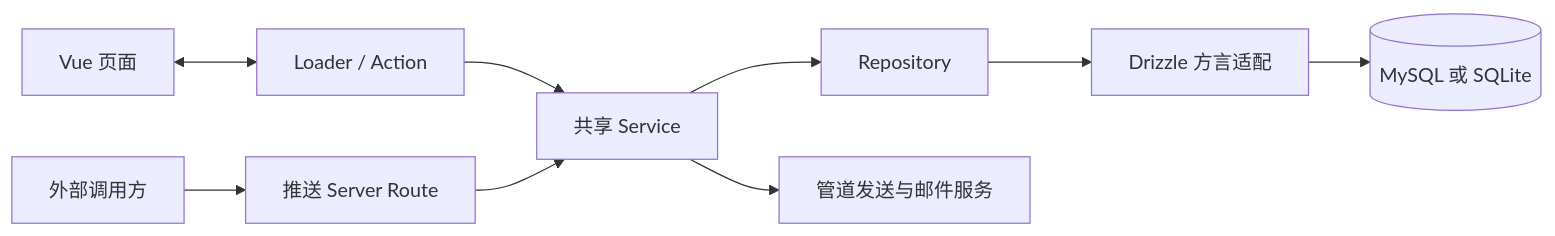
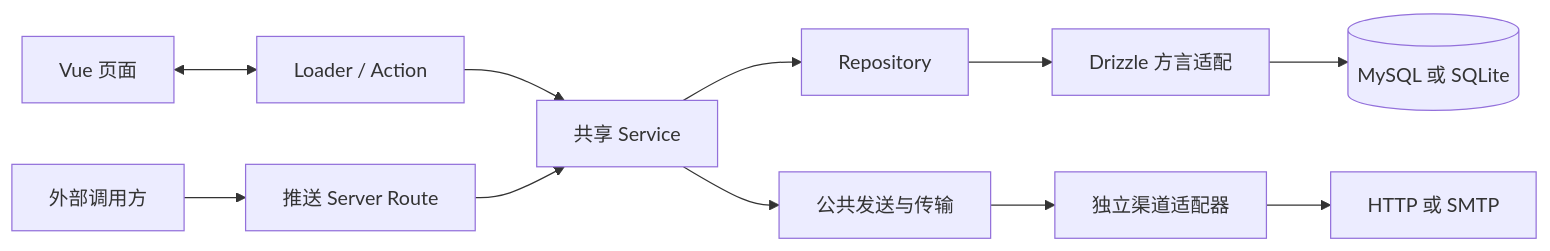
One commit to kentxxq/pusher changed the diagram in docs/design/architecture.md. Above: the diagram before and after it, drawn with Mermaid. The commit also changed other lines of this file and 44 other files, not shown here.

````diff
--- a/docs/design/architecture.md
+++ b/docs/design/architecture.md
@@ -87,11 +88,13 @@
 ```mermaid
 flowchart LR
     Page[Vue 页面] <--> Adapter[Loader / Action]
     Caller[外部调用方] --> Route[推送 Server Route]
     Adapter --> Service[共享 Service]
     Route --> Service
     Service --> Repo[Repository]
     Repo --> Drizzle[Drizzle 方言适配]
     Drizzle --> DB[(MySQL 或 SQLite)]
-    Service --> Channel[管道发送与邮件服务]
+    Service --> Channel[公共发送与传输]
+    Channel --> AdapterChannels[独立渠道适配器]
+    AdapterChannels --> Transport[HTTP 或 SMTP]
 ```
````
